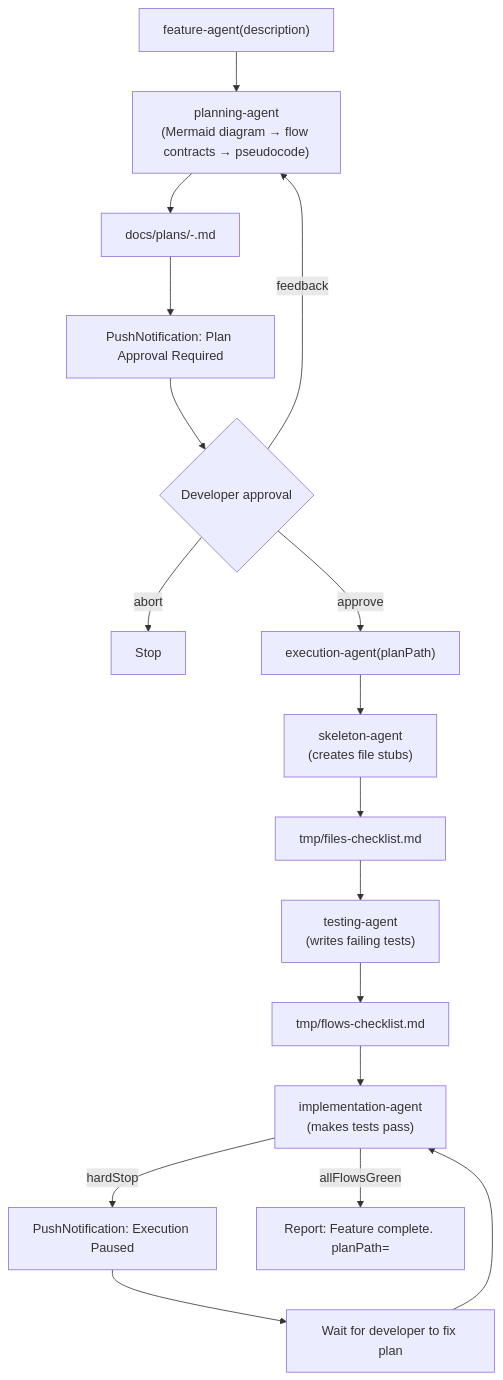
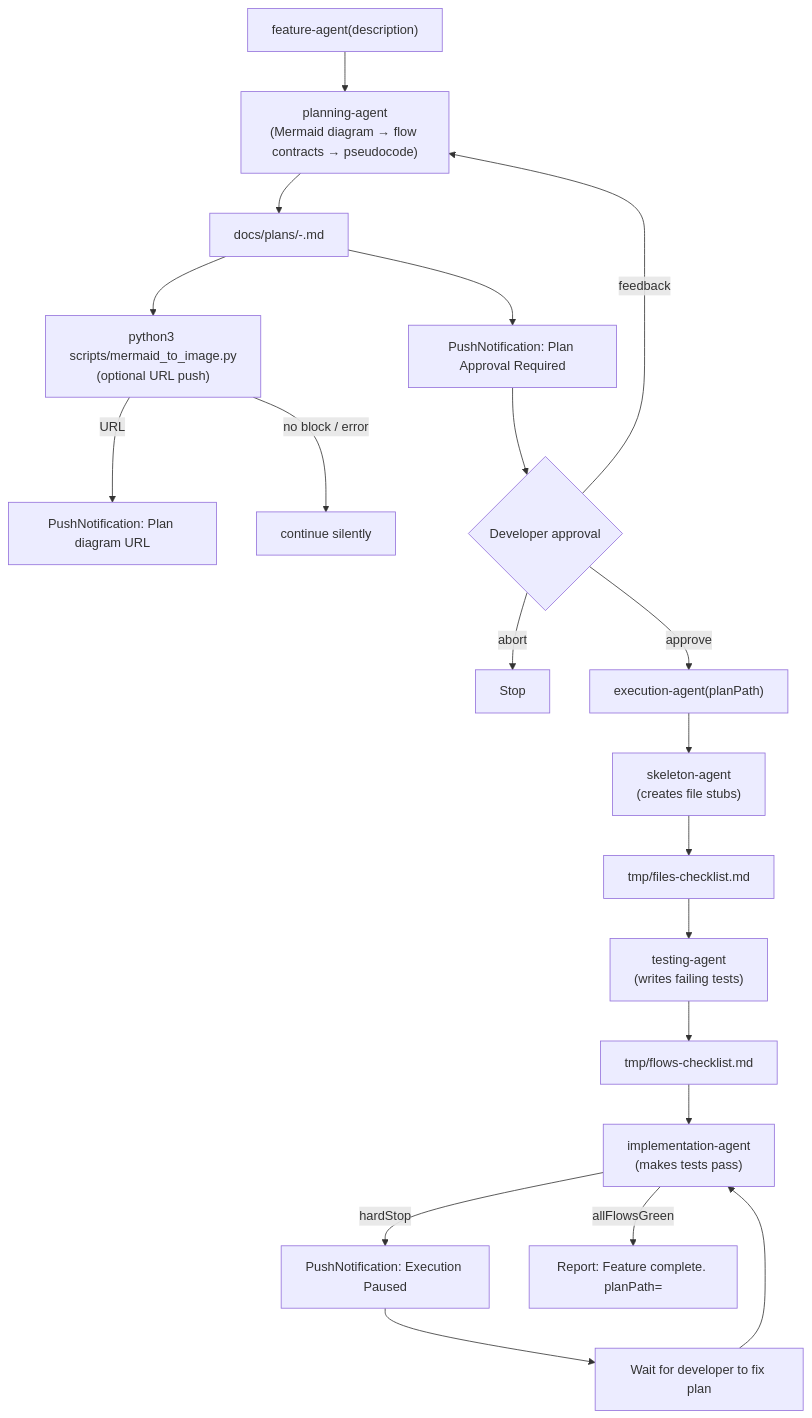
Before and after one commit to lewibs/dark-factory: the diagram in docs/docs/build-feature.md, drawn with Mermaid. The commit also changed other lines of this file and 12 other files, not shown here.

First line of the commit message:
feat(mermaid-to-image): add script to generate mermaid.ink URLs from plan files

````diff
--- a/docs/docs/build-feature.md
+++ b/docs/docs/build-feature.md
@@ -13,19 +13,22 @@
 ```mermaid
 flowchart TD
   Input["feature-agent(description)"] --> Plan["planning-agent\n(Mermaid diagram → flow contracts → pseudocode)"]
   Plan --> PlanFile["docs/plans/<date>-<slug>.md"]
+  PlanFile --> MermaidScript["python3 scripts/mermaid_to_image.py\n(optional URL push)"]
+  MermaidScript -->|URL| PushDiagram["PushNotification: Plan diagram URL"]
+  MermaidScript -->|no block / error| PlanFile2["continue silently"]
   PlanFile --> Push1["PushNotification: Plan Approval Required"]
   Push1 --> Gate{Developer approval}
   Gate -->|feedback| Plan
   Gate -->|abort| Abort["Stop"]
   Gate -->|approve| Exec["execution-agent(planPath)"]
   Exec --> Skeleton["skeleton-agent\n(creates file stubs)"]
   Skeleton --> FilesChecklist["tmp/files-checklist.md"]
   FilesChecklist --> Testing["testing-agent\n(writes failing tests)"]
   Testing --> FlowsChecklist["tmp/flows-checklist.md"]
   FlowsChecklist --> Impl["implementation-agent\n(makes tests pass)"]
   Impl -->|hardStop| Push2["PushNotification: Execution Paused"]
   Push2 --> Wait["Wait for developer to fix plan"]
   Wait --> Impl
   Impl -->|allFlowsGreen| Done["Report: Feature complete. planPath=<path>"]
 ```
````
